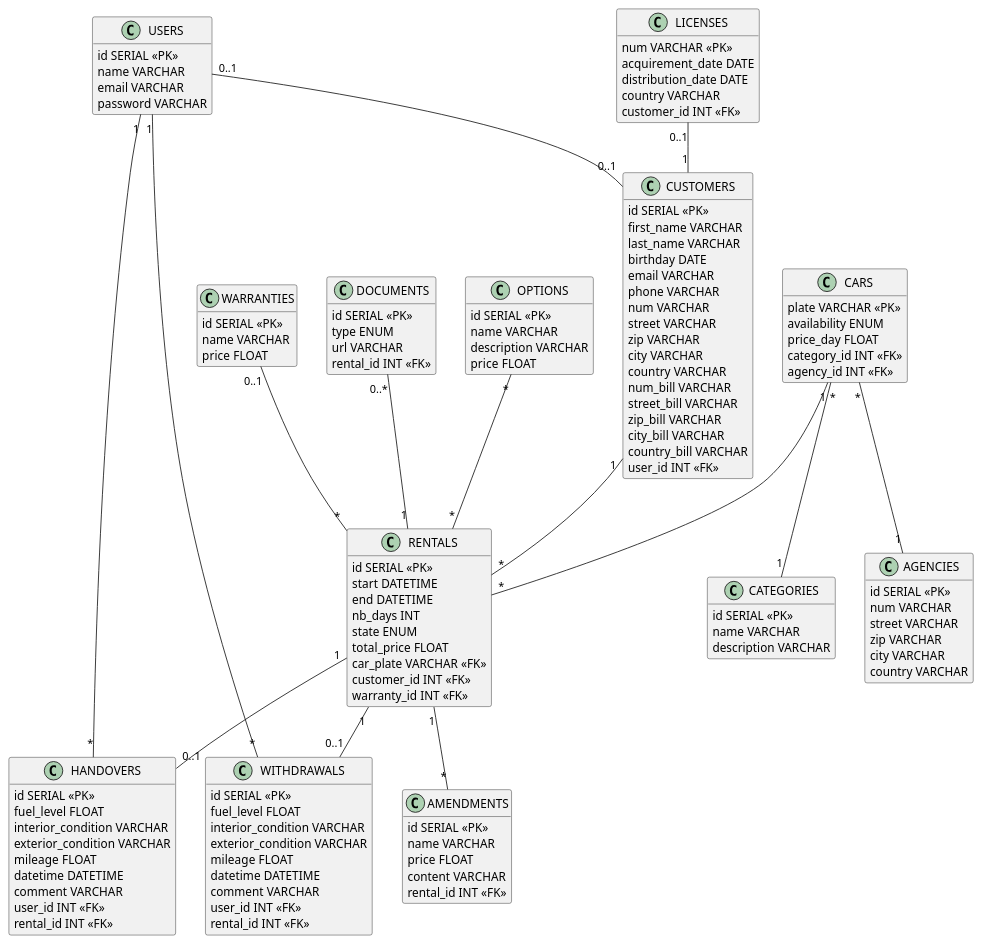
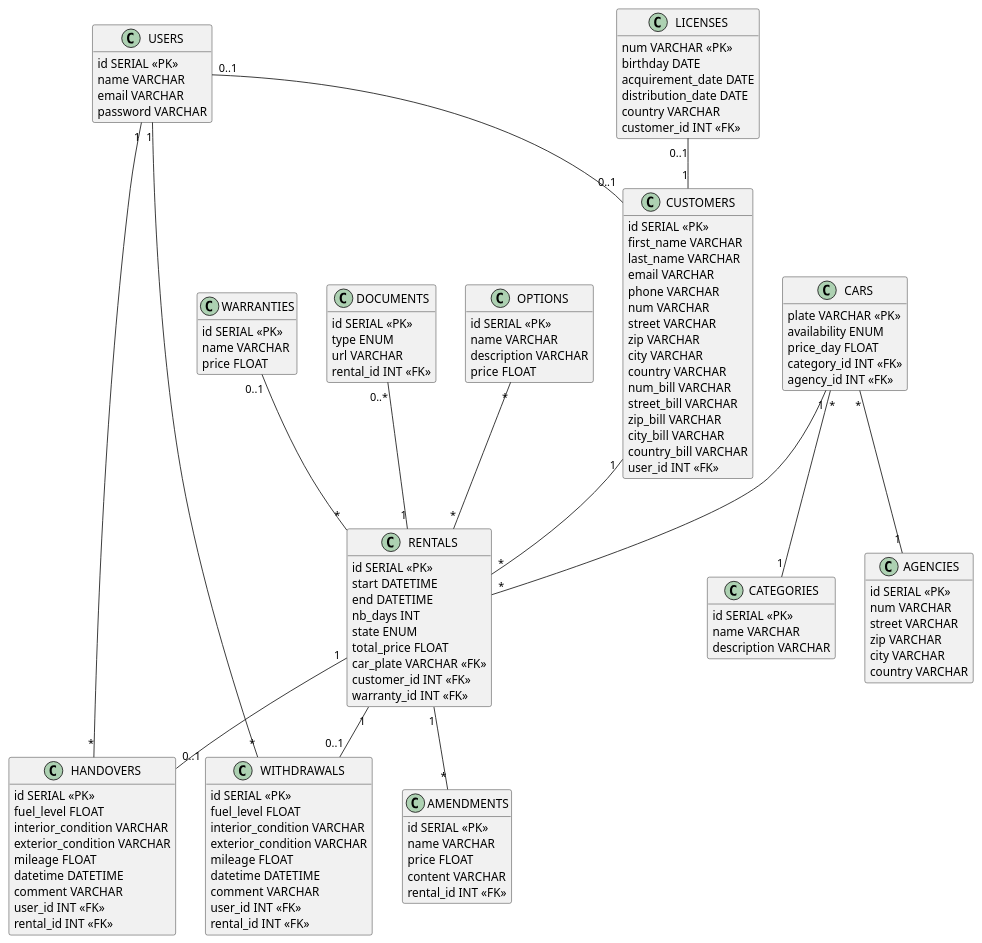
One commit to axelriv62/roulmapoul-api changed the diagram in uml/diagram.puml. Above: the diagram before and after it, drawn with PlantUML. The commit also changed other lines of this file, not shown here.

Commit message:
fix: déplacement de la date de naissance dans la table permis

```diff
--- a/uml/diagram.puml
+++ b/uml/diagram.puml
@@ -1,141 +1,141 @@
 @startuml
 hide empty members
 
 class USERS {
     id SERIAL <<PK>>
     name VARCHAR
     email VARCHAR
     password VARCHAR
 }
 
 class CUSTOMERS {
     id SERIAL <<PK>>
     first_name VARCHAR
     last_name VARCHAR
-    birthday DATE
     email VARCHAR
     phone VARCHAR
     num VARCHAR
     street VARCHAR
     zip VARCHAR
     city VARCHAR
     country VARCHAR
     num_bill VARCHAR
     street_bill VARCHAR
     zip_bill VARCHAR
     city_bill VARCHAR
     country_bill VARCHAR
     user_id INT <<FK>>
 }
 
 class RENTALS {
     id SERIAL <<PK>>
     start DATETIME
     end DATETIME
     nb_days INT
     state ENUM
     total_price FLOAT
     car_plate VARCHAR <<FK>>
     customer_id INT <<FK>>
     warranty_id INT <<FK>>
 }
 
 class LICENSES {
     num VARCHAR <<PK>>
+    birthday DATE
     acquirement_date DATE
     distribution_date DATE
     country VARCHAR
     customer_id INT <<FK>>
 }
 
 class WARRANTIES {
     id SERIAL <<PK>>
     name VARCHAR
     price FLOAT
 }
 
 class AMENDMENTS {
     id SERIAL <<PK>>
     name VARCHAR
     price FLOAT
     content VARCHAR
     rental_id INT <<FK>>
 }
 
 class DOCUMENTS {
     id SERIAL <<PK>>
     type ENUM
     url VARCHAR
     rental_id INT <<FK>>
 }
 
 class WITHDRAWALS {
     id SERIAL <<PK>>
     fuel_level FLOAT
     interior_condition VARCHAR
     exterior_condition VARCHAR
     mileage FLOAT
     datetime DATETIME
     comment VARCHAR
     user_id INT <<FK>>
     rental_id INT <<FK>>
 }
 
 class HANDOVERS {
     id SERIAL <<PK>>
     fuel_level FLOAT
     interior_condition VARCHAR
     exterior_condition VARCHAR
     mileage FLOAT
     datetime DATETIME
     comment VARCHAR
     user_id INT <<FK>>
     rental_id INT <<FK>>
 }
 
 class CARS {
     plate VARCHAR <<PK>>
     availability ENUM
     price_day FLOAT
     category_id INT <<FK>>
     agency_id INT <<FK>>
 }
 
 class OPTIONS {
     id SERIAL <<PK>>
     name VARCHAR
     description VARCHAR
     price FLOAT
 }
 
 class CATEGORIES {
     id SERIAL <<PK>>
     name VARCHAR
     description VARCHAR
 }
 
 class AGENCIES {
     id SERIAL <<PK>>
     num VARCHAR
     street VARCHAR
     zip VARCHAR
     city VARCHAR
     country VARCHAR
 }
 
 CARS "*" -- "1" AGENCIES
 CARS "*" -- "1" CATEGORIES
 CARS "1" -- "*" RENTALS
 RENTALS "1" -- "*" AMENDMENTS
 RENTALS "1" -- "0..1" WITHDRAWALS
 WITHDRAWALS "*" -- "1" USERS
 USERS "0..1" -- "0..1" CUSTOMERS
 LICENSES "0..1" -- "1" CUSTOMERS
 WARRANTIES "0..1" -- "*" RENTALS
 OPTIONS "*" -- "*" RENTALS
 DOCUMENTS "0..*" -- "1" RENTALS
 USERS "1" -- "*" HANDOVERS
 RENTALS "1" -- "0..1" HANDOVERS
 CUSTOMERS "1" -- "*" RENTALS
 
 @enduml
```
